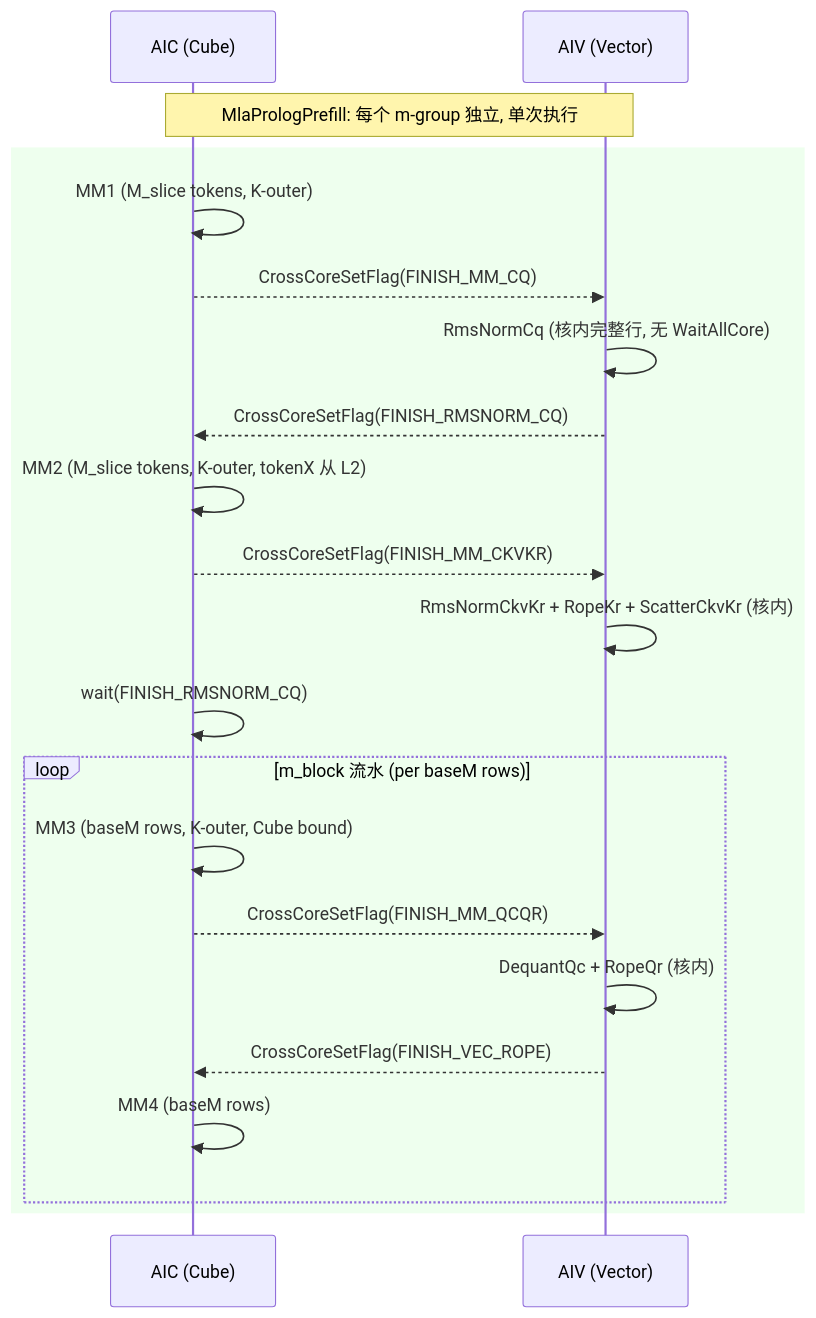
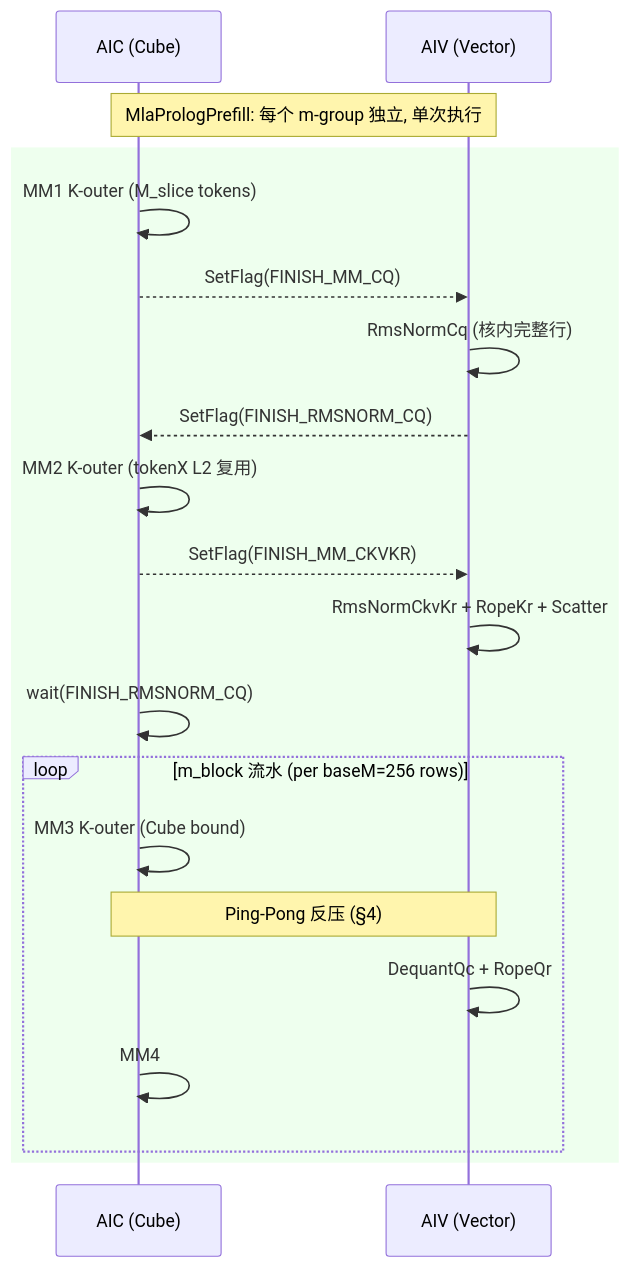
The fourth of 4 diagrams in attention/mla_prolog_v3/docs/MlaPrologV3_Prefill_SplitM设计.md (ChunnX/ops-transformer), drawn with Mermaid before and after one commit. The commit also changed other lines of this file, not shown here.

First line of the commit message:
complete prefill design doc: flow diff, optimizations, gains, backpressure

````diff
--- a/attention/mla_prolog_v3/docs/MlaPrologV3_Prefill_SplitM设计.md
+++ b/attention/mla_prolog_v3/docs/MlaPrologV3_Prefill_SplitM设计.md
@@ -284,27 +329,26 @@
 ```mermaid
 sequenceDiagram
     participant AIC as AIC (Cube)
     participant AIV as AIV (Vector)
 
     Note over AIC,AIV: MlaPrologPrefill: 每个 m-group 独立, 单次执行
 
     rect rgb(200, 255, 200, 0.3)
-    AIC->>AIC: MM1 (M_slice tokens, K-outer)
-    AIC-->>AIV: CrossCoreSetFlag(FINISH_MM_CQ)
-    AIV->>AIV: RmsNormCq (核内完整行, 无 WaitAllCore)
-    AIV-->>AIC: CrossCoreSetFlag(FINISH_RMSNORM_CQ)
+    AIC->>AIC: MM1 K-outer (M_slice tokens)
+    AIC-->>AIV: SetFlag(FINISH_MM_CQ)
+    AIV->>AIV: RmsNormCq (核内完整行)
+    AIV-->>AIC: SetFlag(FINISH_RMSNORM_CQ)
 
-    AIC->>AIC: MM2 (M_slice tokens, K-outer, tokenX 从 L2)
-    AIC-->>AIV: CrossCoreSetFlag(FINISH_MM_CKVKR)
-    AIV->>AIV: RmsNormCkvKr + RopeKr + ScatterCkvKr (核内)
+    AIC->>AIC: MM2 K-outer (tokenX L2 复用)
+    AIC-->>AIV: SetFlag(FINISH_MM_CKVKR)
+    AIV->>AIV: RmsNormCkvKr + RopeKr + Scatter
 
     AIC->>AIC: wait(FINISH_RMSNORM_CQ)
-    loop m_block 流水 (per baseM rows)
-        AIC->>AIC: MM3 (baseM rows, K-outer, Cube bound)
-        AIC-->>AIV: CrossCoreSetFlag(FINISH_MM_QCQR)
-        AIV->>AIV: DequantQc + RopeQr (核内)
-        AIV-->>AIC: CrossCoreSetFlag(FINISH_VEC_ROPE)
-        AIC->>AIC: MM4 (baseM rows)
+    loop m_block 流水 (per baseM=256 rows)
+        AIC->>AIC: MM3 K-outer (Cube bound)
+        Note over AIC,AIV: Ping-Pong 反压 (§4)
+        AIV->>AIV: DequantQc + RopeQr
+        AIC->>AIC: MM4
     end
     end
 ```
````
